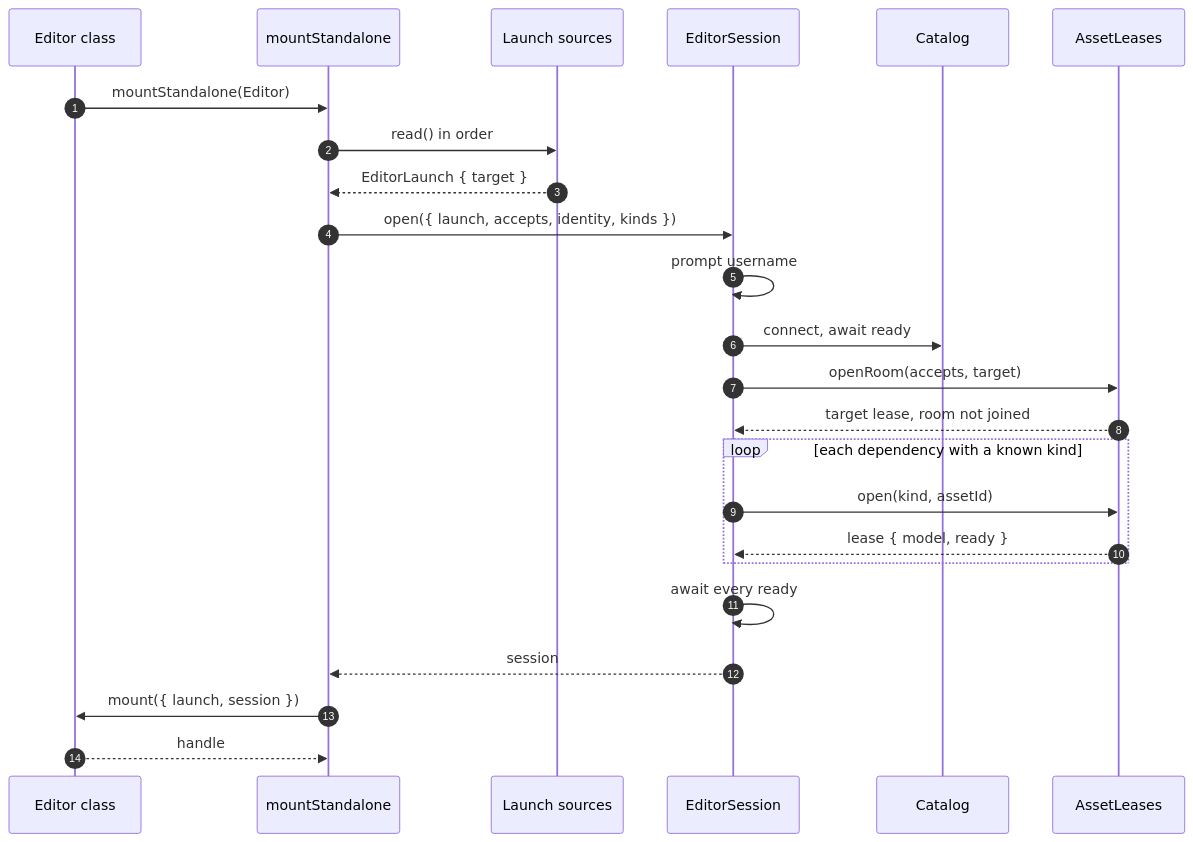
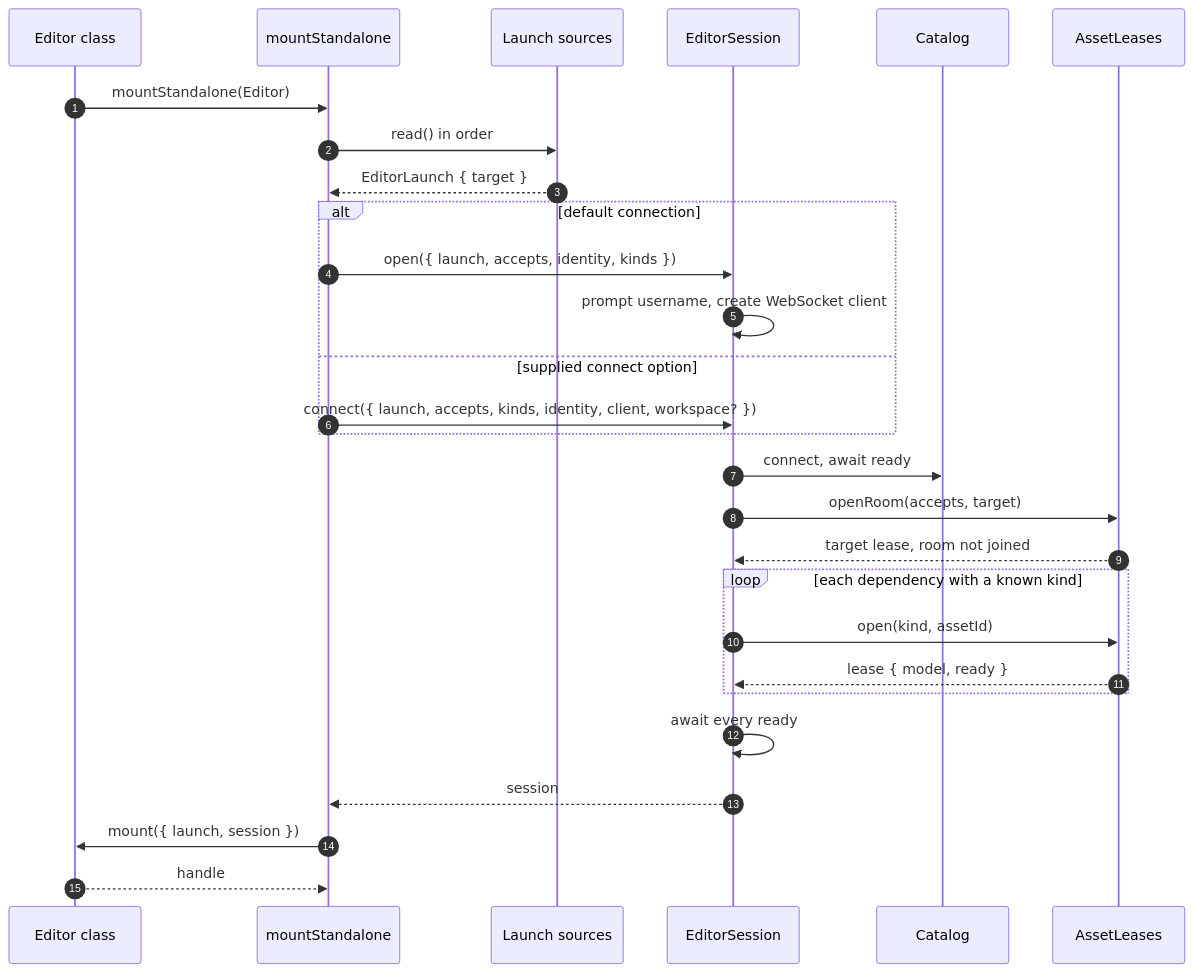
The second of 10 diagrams in packages/editors/host/ARCHITECTURE.md (JollyPixel/editor), drawn with Mermaid before and after one commit. The commit also changed other lines of this file and 17 other files, not shown here.

Commit message:
docs: complete ARCHITECTURE.md and GLOSSARY.md across workspaces (#752)

````diff
--- a/packages/editors/host/ARCHITECTURE.md
+++ b/packages/editors/host/ARCHITECTURE.md
@@ -60,27 +67,31 @@
 ```mermaid
 sequenceDiagram
   autonumber
   participant E as Editor class
   participant M as mountStandalone
   participant L as Launch sources
   participant S as EditorSession
   participant C as Catalog
   participant A as AssetLeases
 
   E->>M: mountStandalone(Editor)
   M->>L: read() in order
   L-->>M: EditorLaunch { target }
-  M->>S: open({ launch, accepts, identity, kinds })
-  S->>S: prompt username
+  alt default connection
+    M->>S: open({ launch, accepts, identity, kinds })
+    S->>S: prompt username, create WebSocket client
+  else supplied connect option
+    M->>S: connect({ launch, accepts, kinds, identity, client, workspace? })
+  end
   S->>C: connect, await ready
   S->>A: openRoom(accepts, target)
   A-->>S: target lease, room not joined
   loop each dependency with a known kind
     S->>A: open(kind, assetId)
     A-->>S: lease { model, ready }
   end
   S->>S: await every ready
   S-->>M: session
   M->>E: mount({ launch, session })
   E-->>M: handle
 ```
````
